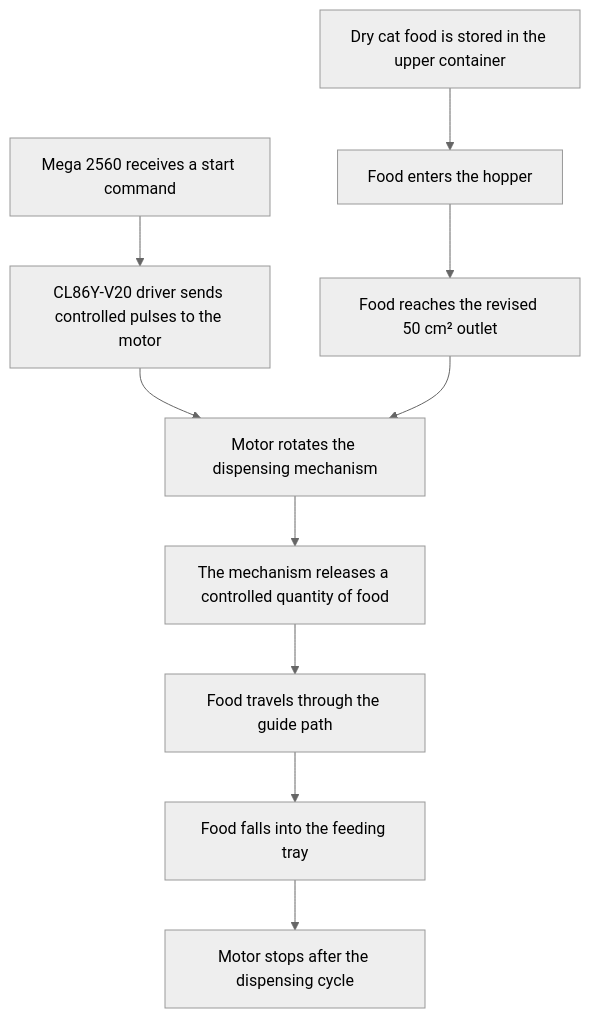
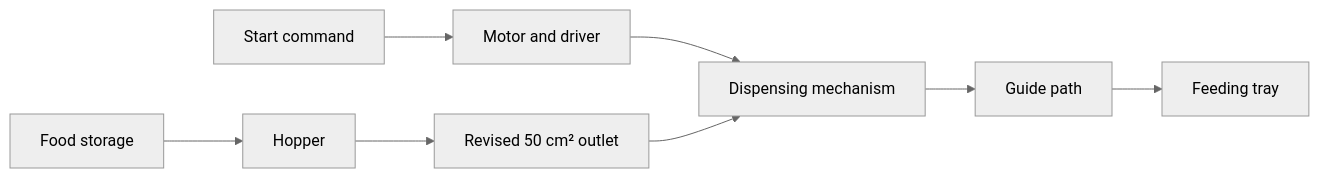
One commit to 147y111/Automatic-Cat-Feeder changed the diagram in README.md. Above: the diagram before and after it, drawn with Mermaid (neutral theme). The commit also changed other lines of this file, not shown here.

````diff
--- a/README.md
+++ b/README.md
@@ -21,12 +9,10 @@
 ```mermaid
-flowchart TD
-    A[Dry cat food is stored in the upper container] --> B[Food enters the hopper]
-    B --> C[Food reaches the revised 50 cm² outlet]
-    D[Mega 2560 receives a start command] --> E[CL86Y-V20 driver sends controlled pulses to the motor]
-    E --> F[Motor rotates the dispensing mechanism]
+flowchart LR
+    A[Food storage] --> B[Hopper]
+    B --> C[Revised 50 cm² outlet]
+    D[Start command] --> E[Motor and driver]
+    E --> F[Dispensing mechanism]
     C --> F
-    F --> G[The mechanism releases a controlled quantity of food]
-    G --> H[Food travels through the guide path]
-    H --> I[Food falls into the feeding tray]
-    I --> J[Motor stops after the dispensing cycle]
+    F --> G[Guide path]
+    G --> H[Feeding tray]
 ```
````
